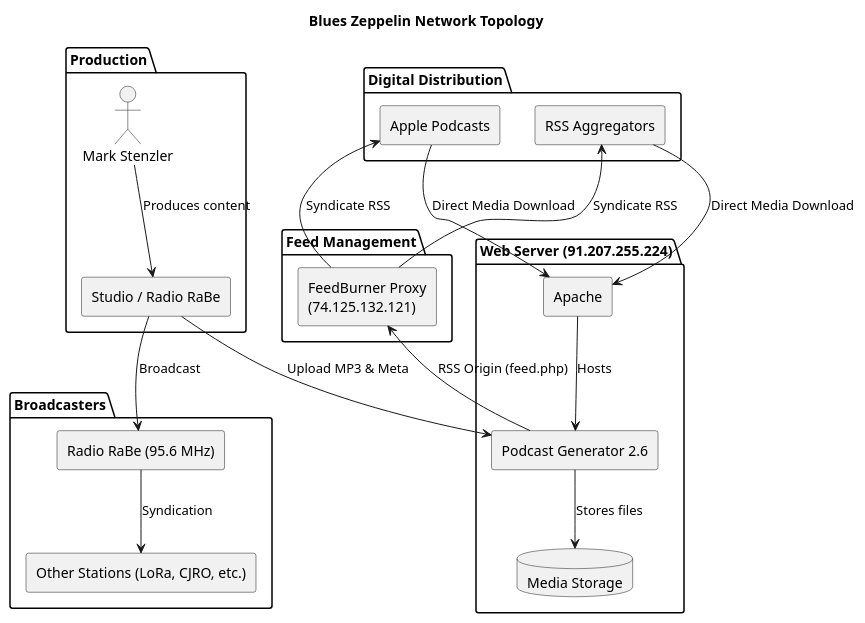
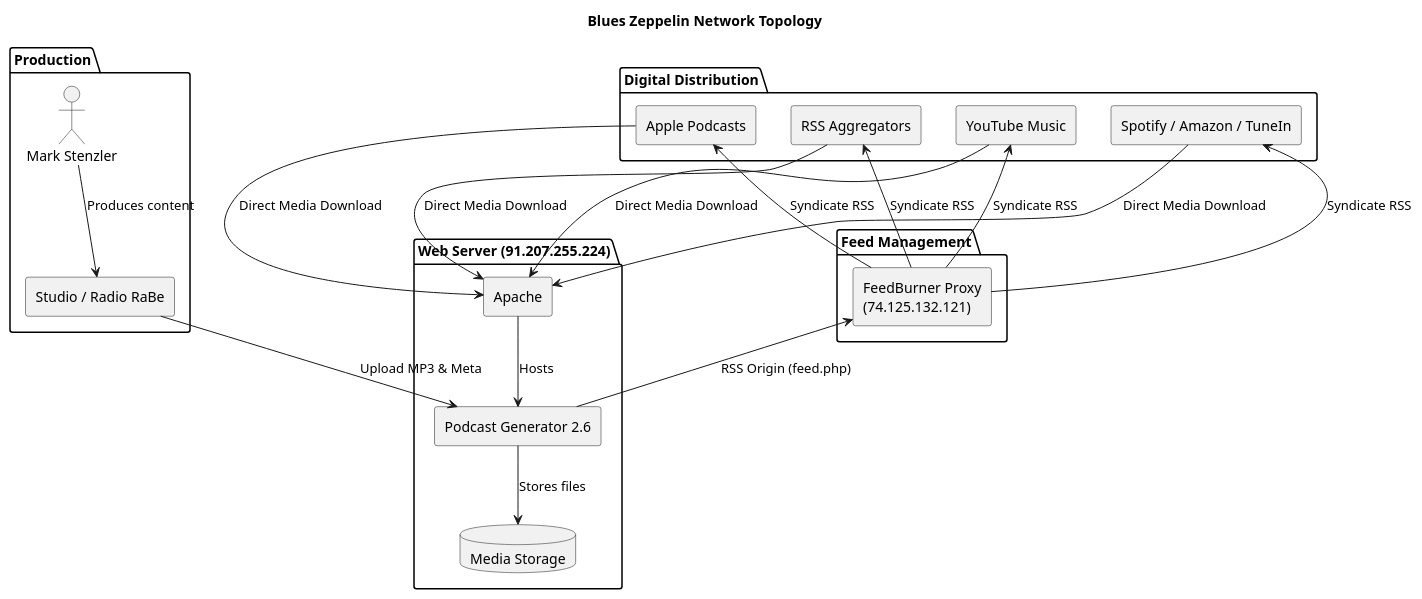
The diagram in diagrams/topology.puml (chatelao/blueszeppelin-architecture), drawn with PlantUML before and after one commit. The commit also changed 2 other files, not shown here.

```diff
--- a/diagrams/topology.puml
+++ b/diagrams/topology.puml
@@ -1,46 +1,44 @@
 @startuml
 title Blues Zeppelin Network Topology
 
 skinparam componentStyle rectangle
 
 package "Production" {
     actor "Mark Stenzler" as Mark
     [Studio / Radio RaBe] as Studio
 }
 
 package "Web Server (91.207.255.224)" {
     [Apache] as WebServer
     [Podcast Generator 2.6] as PodGen
     database "Media Storage" as Media
 }
 
 package "Feed Management" {
     [FeedBurner Proxy\n(74.125.132.121)] as FB
 }
 
-package "Broadcasters" {
-    [Radio RaBe (95.6 MHz)] as RaBe
-    [Other Stations (LoRa, CJRO, etc.)] as OtherRadio
-}
-
 package "Digital Distribution" {
     [Apple Podcasts] as Apple
+    [YouTube Music] as YouTube
+    [Spotify / Amazon / TuneIn] as OtherHubs
     [RSS Aggregators] as RSS
 }
 
 Mark --> Studio : Produces content
 Studio --> PodGen : Upload MP3 & Meta
 PodGen -down-> Media : Stores files
 WebServer -down-> PodGen : Hosts
 
 PodGen -up-> FB : RSS Origin (feed.php)
 FB -up-> Apple : Syndicate RSS
+FB -up-> YouTube : Syndicate RSS
+FB -up-> OtherHubs : Syndicate RSS
 FB -up-> RSS : Syndicate RSS
 
-Studio --> RaBe : Broadcast
-RaBe --> OtherRadio : Syndication
-
 Apple -down-> WebServer : Direct Media Download
+YouTube -down-> WebServer : Direct Media Download
+OtherHubs -down-> WebServer : Direct Media Download
 RSS -down-> WebServer : Direct Media Download
 
 @enduml
```
